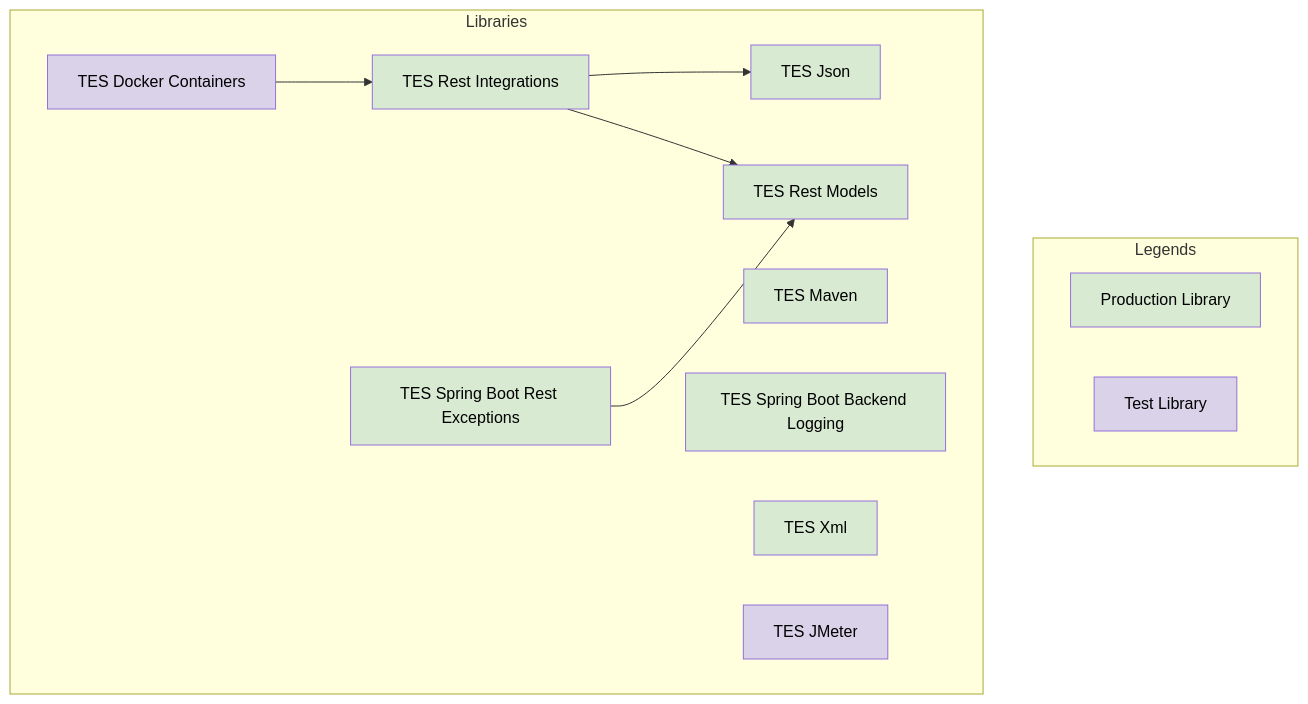
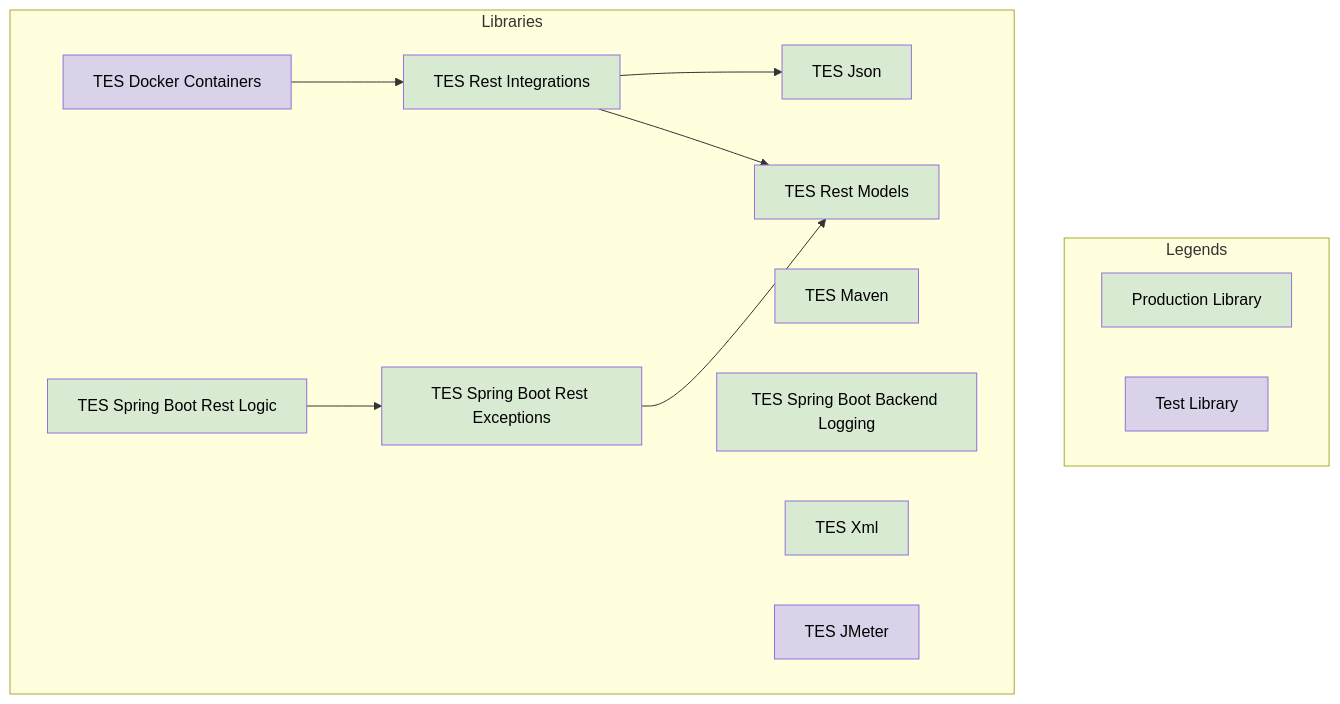
Before and after one commit to sunepoulsen/tes-foundation: the diagram in doc/README.md, drawn with Mermaid. The commit also changed other lines of this file and 10 other files, not shown here.

Commit message:
TES-120: Add `tes-spring-boot-rest-logic` to this monolith.

````diff
--- a/doc/README.md
+++ b/doc/README.md
@@ -28,24 +30,25 @@
 ```mermaid
 flowchart
     subgraph "Legends"
         legProdLib["Production Library"]:::prodLibrary
         legTestLib["Test Library"]:::testLibrary
     end
 
     subgraph "Libraries"
         tesJson["TES Json"]:::prodLibrary
         tesMaven["TES Maven"]:::prodLibrary
         tesRestModels["TES Rest Models"]:::prodLibrary
         tesSpringBootLogging["TES Spring Boot Backend Logging"]:::prodLibrary
         tesXml["TES Xml"]:::prodLibrary
         tesRestIntegrations["TES Rest Integrations"]:::prodLibrary --> tesJson
         tesRestIntegrations:::prodLibrary --> tesRestModels
         tesSpringBootRestExceptions["TES Spring Boot Rest Exceptions"]:::prodLibrary --> tesRestModels
+        tesSpringBootRestLogic["TES Spring Boot Rest Logic"]:::prodLibrary --> tesSpringBootRestExceptions
 
         tesDockerContainers["TES Docker Containers"]:::testLibrary --> tesRestIntegrations
         tesJMeter["TES JMeter"]:::testLibrary
     end
 
     classDef prodLibrary fill:#d9ead3,color:#000
     classDef testLibrary fill:#d9d2e9,color:#000
 ```
````
